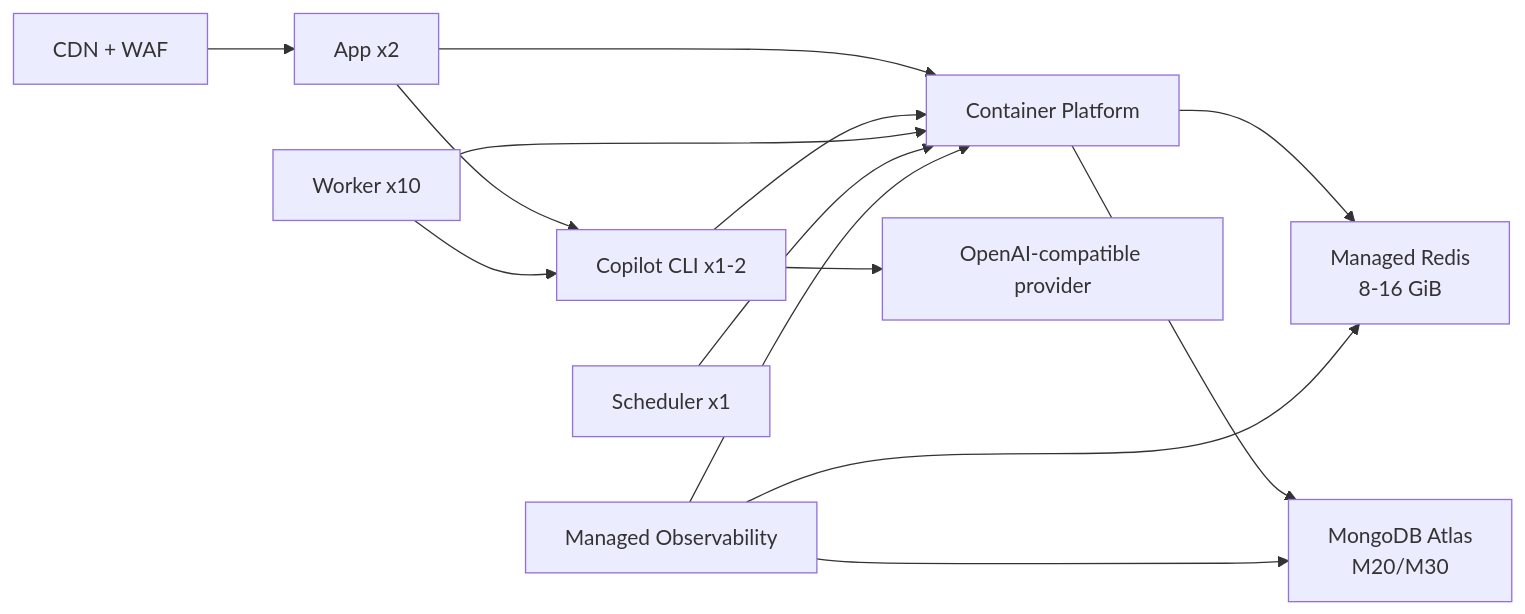
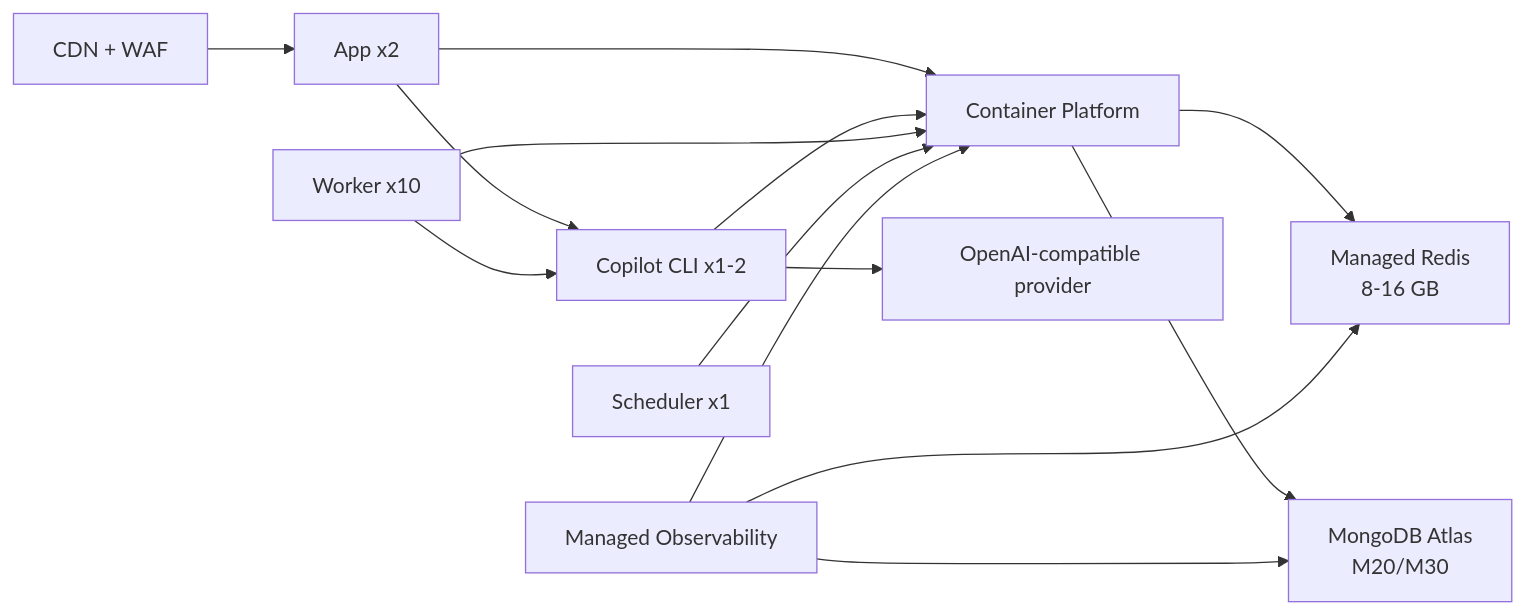
Diagram 13 of 17 in production-resource-architecture-proposal.md (chunkai1312/temp), drawn with Mermaid before and after one commit. The commit also changed other lines of this file, not shown here.

````diff
--- a/production-resource-architecture-proposal.md
+++ b/production-resource-architecture-proposal.md
@@ -555,16 +555,16 @@
 ```mermaid
 flowchart LR
   APP["App x2"] --> COMPUTE["Container Platform"]
   CLI["Copilot CLI x1-2"] --> COMPUTE
   WORKER["Worker x10"] --> COMPUTE
   SCHED["Scheduler x1"] --> COMPUTE
   APP --> CLI
   WORKER --> CLI
   CLI --> PROVIDER["OpenAI-compatible provider"]
-  COMPUTE --> REDIS["Managed Redis\n8-16 GiB"]
+  COMPUTE --> REDIS["Managed Redis\n8-16 GB"]
   COMPUTE --> MONGO["MongoDB Atlas\nM20/M30"]
   CDN["CDN + WAF"] --> APP
   OBS["Managed Observability"] --> COMPUTE
   OBS --> REDIS
   OBS --> MONGO
 ```
````
